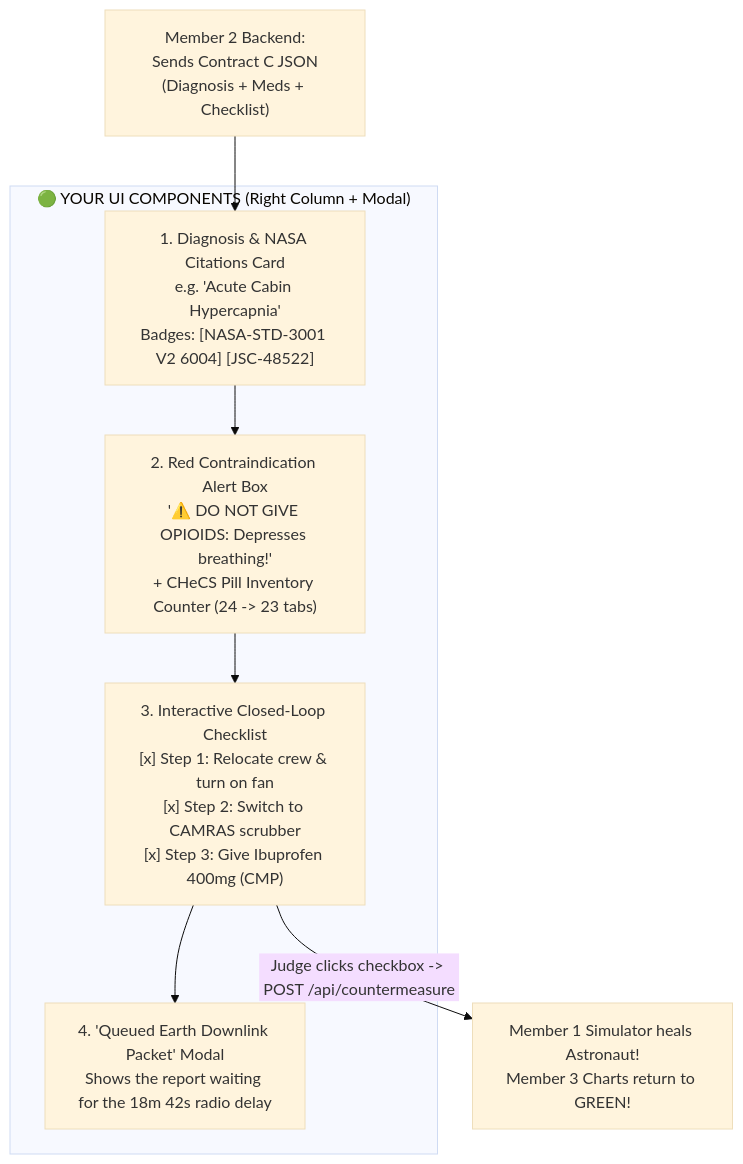
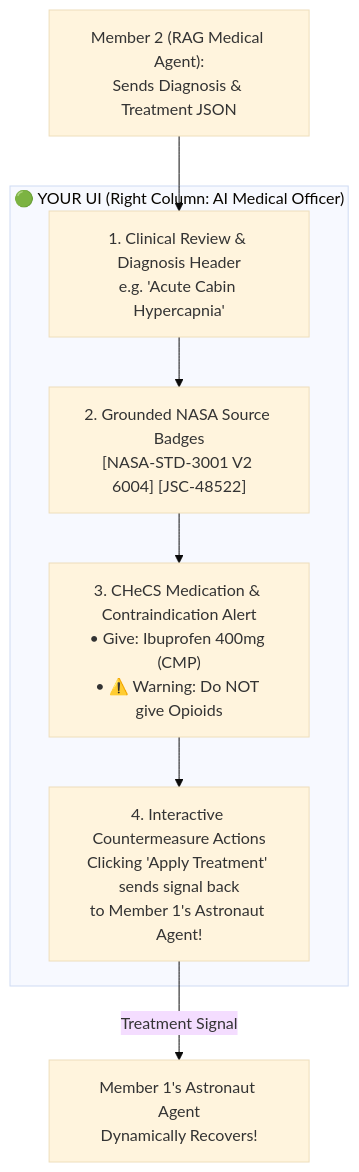
Before and after one commit to tuplahda/nasa-space-apps-2026-planning: the diagram in team-guides/MEMBER-4-GUIDE.md, drawn with Mermaid (base theme). The commit also changed other lines of this file and 12 other files, not shown here.

Commit message:
Simplify repo to clean Multi-Agent Plan (Astronaut Agent + RAG Doctor Agent + 4 Member Guides)

````diff
--- a/team-guides/MEMBER-4-GUIDE.md
+++ b/team-guides/MEMBER-4-GUIDE.md
@@ -11,15 +10,15 @@
 ```mermaid
 flowchart TD
-    M2["Member 2 Backend:<br/>Sends Contract C JSON<br/>(Diagnosis + Meds + Checklist)"] --> PANEL
+    M2["Member 2 (RAG Medical Agent):<br/>Sends Diagnosis & Treatment JSON"] --> PANEL
 
-    subgraph YOUR_UI["🟢 YOUR UI COMPONENTS (Right Column + Modal)"]
-        PANEL["1. Diagnosis & NASA Citations Card<br/>e.g. 'Acute Cabin Hypercapnia'<br/>Badges: [NASA-STD-3001 V2 6004] [JSC-48522]"]
-        WARN["2. Red Contraindication Alert Box<br/>'⚠️ DO NOT GIVE OPIOIDS: Depresses breathing!'<br/>+ CHeCS Pill Inventory Counter (24 -> 23 tabs)"]
-        CHECK["3. Interactive Closed-Loop Checklist<br/>[x] Step 1: Relocate crew & turn on fan<br/>[x] Step 2: Switch to CAMRAS scrubber<br/>[x] Step 3: Give Ibuprofen 400mg (CMP)"]
-        MODAL["4. 'Queued Earth Downlink Packet' Modal<br/>Shows the report waiting for the 18m 42s radio delay"]
+    subgraph YOUR_PANEL["🟢 YOUR UI (Right Column: AI Medical Officer)"]
+        PANEL["1. Clinical Review & Diagnosis Header<br/>e.g. 'Acute Cabin Hypercapnia'"]
+        CITE["2. Grounded NASA Source Badges<br/>[NASA-STD-3001 V2 6004] [JSC-48522]"]
+        MED["3. CHeCS Medication & Contraindication Alert<br/>• Give: Ibuprofen 400mg (CMP)<br/>• ⚠️ Warning: Do NOT give Opioids"]
+        ACT["4. Interactive Countermeasure Actions<br/>Clicking 'Apply Treatment' sends signal back<br/>to Member 1's Astronaut Agent!"]
         
-        PANEL --> WARN --> CHECK --> MODAL
+        PANEL --> CITE --> MED --> ACT
     end
 
-    CHECK -->|"Judge clicks checkbox -> POST /api/countermeasure"| HEAL["Member 1 Simulator heals Astronaut!<br/>Member 3 Charts return to GREEN!"]
+    ACT -->|"Treatment Signal"| M1["Member 1's Astronaut Agent<br/>Dynamically Recovers!"]
 ```
````
